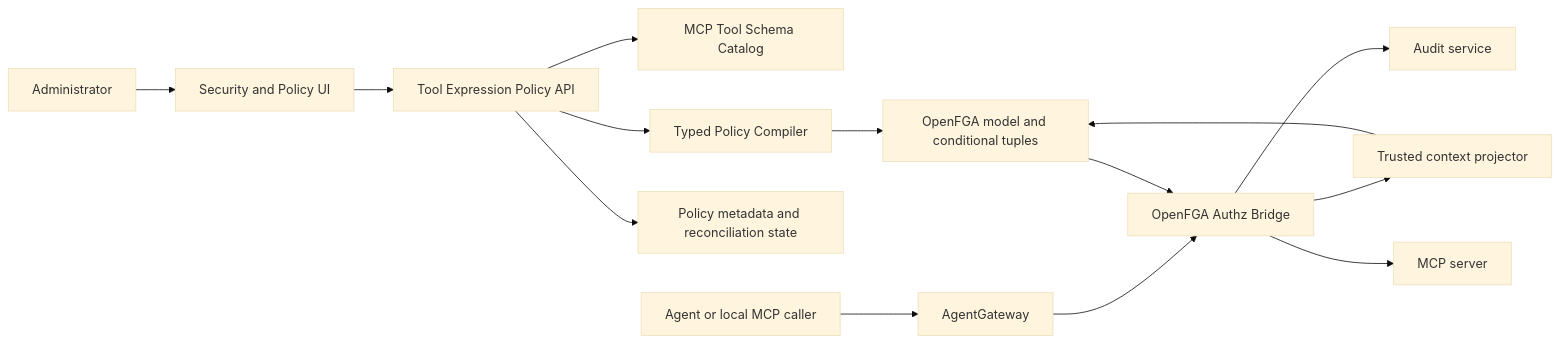
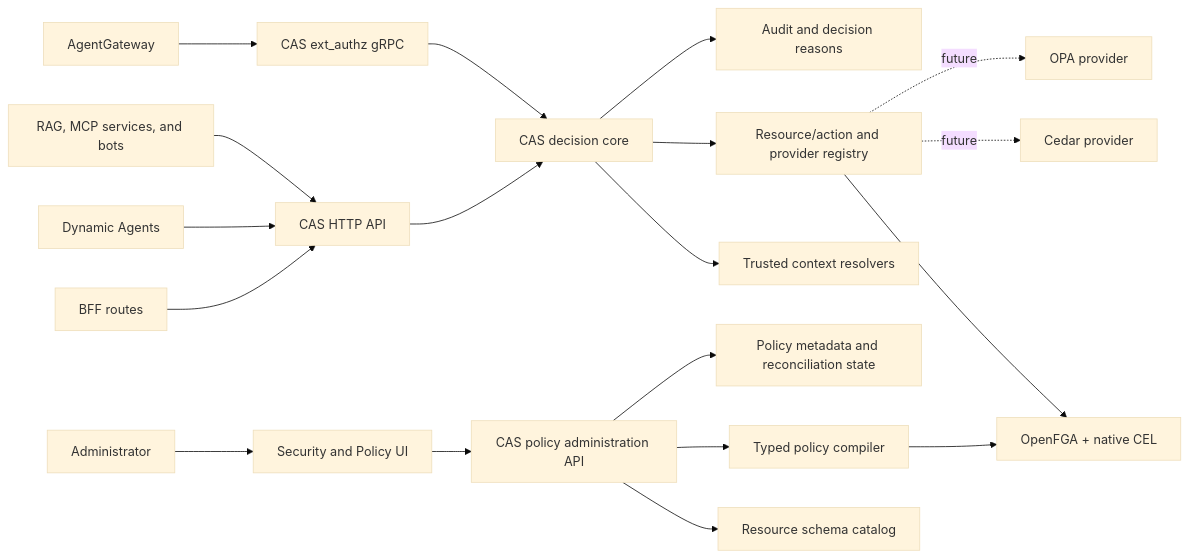
The first of 2 diagrams in docs/docs/specs/2026-08-17-openfga-tool-expression-policies/architecture.md (cnoe-io/ai-platform-engineering), drawn with Mermaid (base theme) before and after one commit. The commit also changed other lines of this file and 3 other files, not shown here.

Commit message:
docs(authz): extract CAS into standalone service

````diff
--- a/docs/docs/specs/2026-08-17-openfga-tool-expression-policies/architecture.md
+++ b/docs/docs/specs/2026-08-17-openfga-tool-expression-policies/architecture.md
@@ -260,17 +292,23 @@
 ```mermaid
 flowchart LR
+    BFF["BFF routes"] --> HTTP["CAS HTTP API"]
+    DA["Dynamic Agents"] --> HTTP
+    Services["RAG, MCP services, and bots"] --> HTTP
+    AGW["AgentGateway"] --> GRPC["CAS ext_authz gRPC"]
+
+    HTTP --> Core["CAS decision core"]
+    GRPC --> Core
+    Core --> Context["Trusted context resolvers"]
+    Core --> Registry["Resource/action and provider registry"]
+    Registry --> OFGA["OpenFGA + native CEL"]
+    Registry -. "future" .-> Cedar["Cedar provider"]
+    Registry -. "future" .-> OPA["OPA provider"]
+    Core --> Audit["Audit and decision reasons"]
+
     Admin["Administrator"] --> UI["Security and Policy UI"]
-    UI --> API["Tool Expression Policy API"]
-    API --> Catalog["MCP Tool Schema Catalog"]
-    API --> Compiler["Typed Policy Compiler"]
-    Compiler --> FGA["OpenFGA model and conditional tuples"]
-    API --> Metadata["Policy metadata and reconciliation state"]
-
-    Caller["Agent or local MCP caller"] --> AGW["AgentGateway"]
-    AGW --> Bridge["OpenFGA Authz Bridge"]
-    Bridge --> Context["Trusted context projector"]
-    Context --> FGA
-    FGA --> Bridge
-    Bridge --> Audit["Audit service"]
-    Bridge --> MCP["MCP server"]
+    UI --> Policy["CAS policy administration API"]
+    Policy --> Catalog["Resource schema catalog"]
+    Policy --> Compiler["Typed policy compiler"]
+    Compiler --> OFGA
+    Policy --> Metadata["Policy metadata and reconciliation state"]
 ```
````
